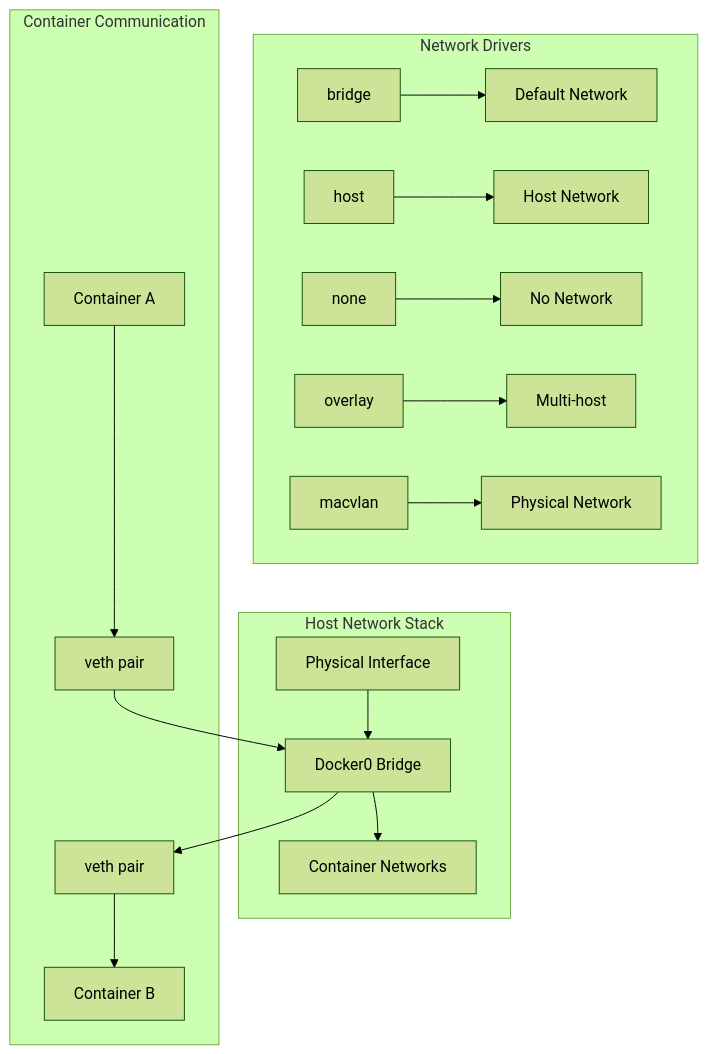
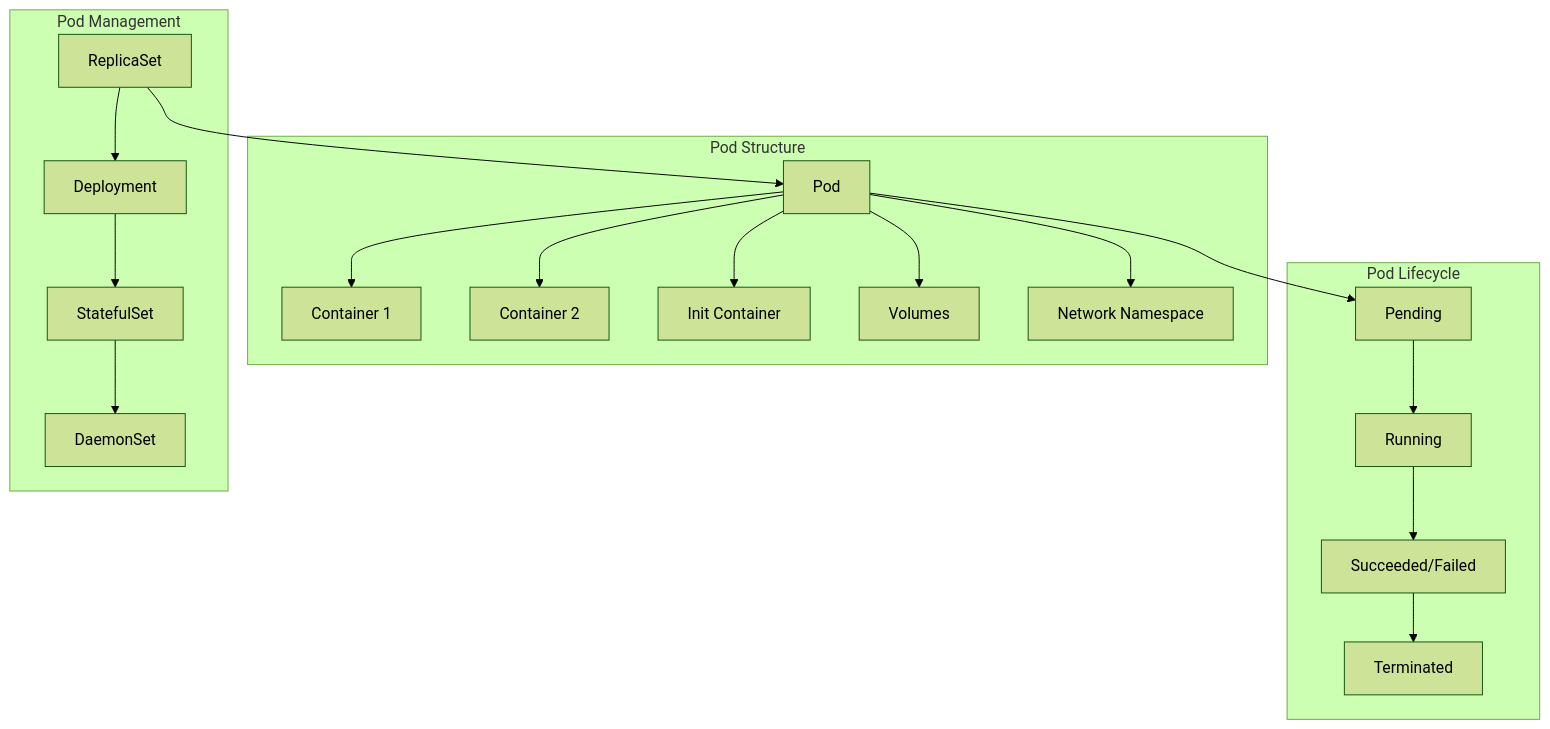
The first of 2 diagrams in week_02/day_03/session_03.md (niceguy61/kdt_devops_lecture_2025), drawn with Mermaid (forest theme) before and after one commit. The commit also changed other lines of this file and 41 other files, not shown here.

````diff
--- a/week_02/day_03/session_03.md
+++ b/week_02/day_03/session_03.md
@@ -15,22 +15,25 @@
 ```mermaid
 graph TB
-    subgraph "Host Network Stack"
-        A[Physical Interface] --> B[Docker0 Bridge]
-        B --> C[Container Networks]
+    subgraph "Pod Structure"
+        A[Pod] --> B[Container 1]
+        A --> C[Container 2]
+        A --> D[Init Container]
+        A --> E[Volumes]
+        A --> F[Network Namespace]
     end
     
-    subgraph "Network Drivers"
-        D[bridge] --> E[Default Network]
-        F[host] --> G[Host Network]
-        H[none] --> I[No Network]
-        J[overlay] --> K[Multi-host]
-        L[macvlan] --> M[Physical Network]
+    subgraph "Pod Lifecycle"
+        G[Pending] --> H[Running]
+        H --> I[Succeeded/Failed]
+        I --> J[Terminated]
     end
     
-    subgraph "Container Communication"
-        N[Container A] --> O[veth pair]
-        O --> B
-        B --> P[veth pair]
-        P --> Q[Container B]
+    subgraph "Pod Management"
+        K[ReplicaSet] --> L[Deployment]
+        L --> M[StatefulSet]
+        M --> N[DaemonSet]
     end
+    
+    A --> G
+    K --> A
 ```
````
